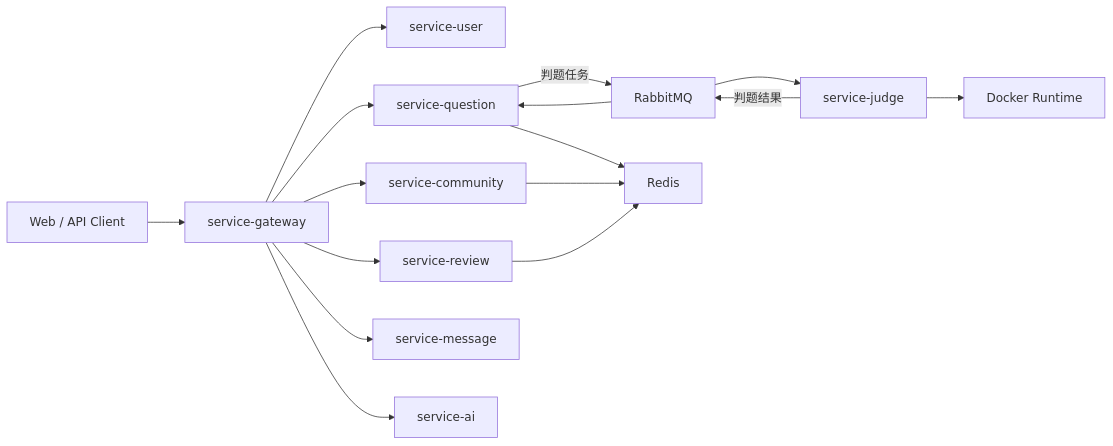
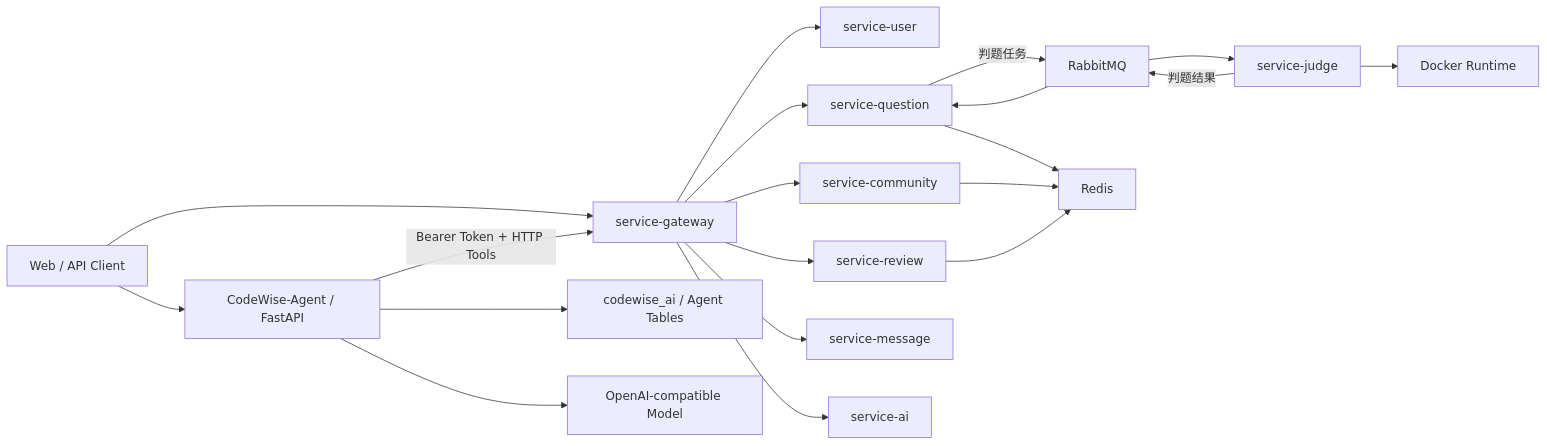
The diagram in README.md (BIGLV666/CodeWise), drawn with Mermaid before and after one commit. The commit also changed other lines of this file and 29 other files, not shown here.

````diff
--- a/README.md
+++ b/README.md
@@ -17,20 +17,24 @@
 ```mermaid
 flowchart LR
     Client["Web / API Client"] --> Gateway["service-gateway"]
     Gateway --> User["service-user"]
     Gateway --> Question["service-question"]
     Gateway --> Review["service-review"]
     Gateway --> Community["service-community"]
     Gateway --> Message["service-message"]
     Gateway --> AI["service-ai"]
+    Client --> Agent["CodeWise-Agent / FastAPI"]
+    Agent -->|"Bearer Token + HTTP Tools"| Gateway
+    Agent --> AgentDB["codewise_ai / Agent Tables"]
+    Agent --> LLM["OpenAI-compatible Model"]
 
     Question -->|"判题任务"| MQ["RabbitMQ"]
     MQ --> Judge["service-judge"]
     Judge -->|"判题结果"| MQ
     MQ --> Question
 
     Judge --> Docker["Docker Runtime"]
     Question --> Redis["Redis"]
     Community --> Redis
     Review --> Redis
 ```
````
